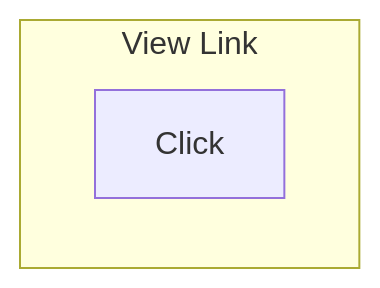
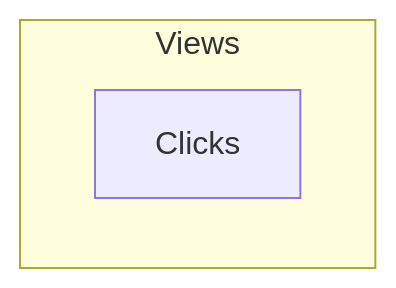
Before and after one commit to tangjm/data-engineering-notes: the third of 6 diagrams in SQL/notes/marketing_funnels.md, drawn with Mermaid. The commit also changed other lines of this file and 4 other files, not shown here.

````diff
--- a/SQL/notes/marketing_funnels.md
+++ b/SQL/notes/marketing_funnels.md
@@ -73,7 +46,6 @@
 ```mermaid
 flowchart
-  subgraph View Link 
-    Click
+  subgraph Views 
+    Clicks
   end
-
 ```
````
